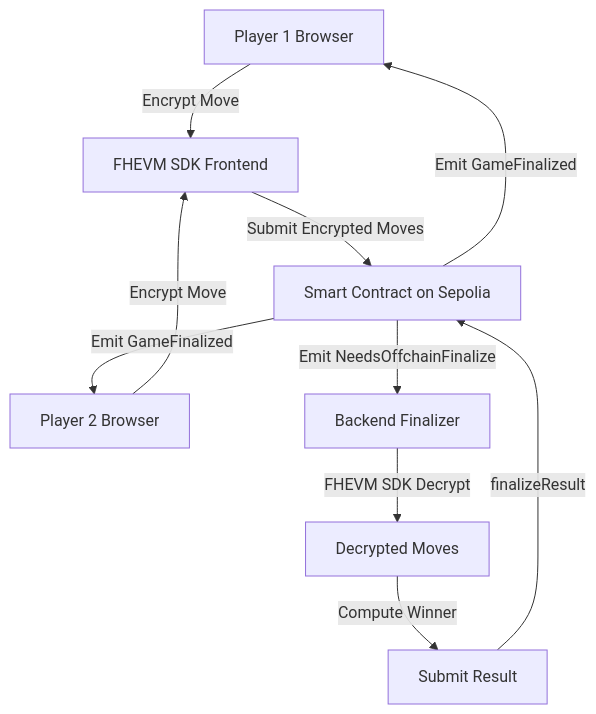
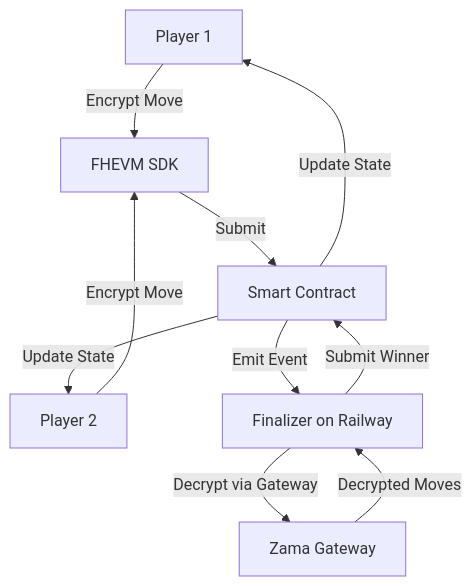
One commit to ismailkonvah/rps changed the diagram in README.md. Above: the diagram before and after it, drawn with Mermaid. The commit also changed other lines of this file, not shown here.

````diff
--- a/README.md
+++ b/README.md
@@ -186,12 +104,12 @@
 ```mermaid
 graph TB
-    A[Player 1 Browser] -->|Encrypt Move| B[FHEVM SDK Frontend]
-    C[Player 2 Browser] -->|Encrypt Move| B
-    B -->|Submit Encrypted Moves| D[Smart Contract on Sepolia]
-    D -->|Emit NeedsOffchainFinalize| E[Backend Finalizer]
-    E -->|FHEVM SDK Decrypt| F[Decrypted Moves]
-    F -->|Compute Winner| G[Submit Result]
-    G -->|finalizeResult| D
-    D -->|Emit GameFinalized| A
-    D -->|Emit GameFinalized| C
+    A[Player 1] -->|Encrypt Move| B[FHEVM SDK]
+    C[Player 2] -->|Encrypt Move| B
+    B -->|Submit| D[Smart Contract]
+    D -->|Emit Event| E[Finalizer on Railway]
+    E -->|Decrypt via Gateway| F[Zama Gateway]
+    F -->|Decrypted Moves| E
+    E -->|Submit Winner| D
+    D -->|Update State| A
+    D -->|Update State| C
 ```
````
